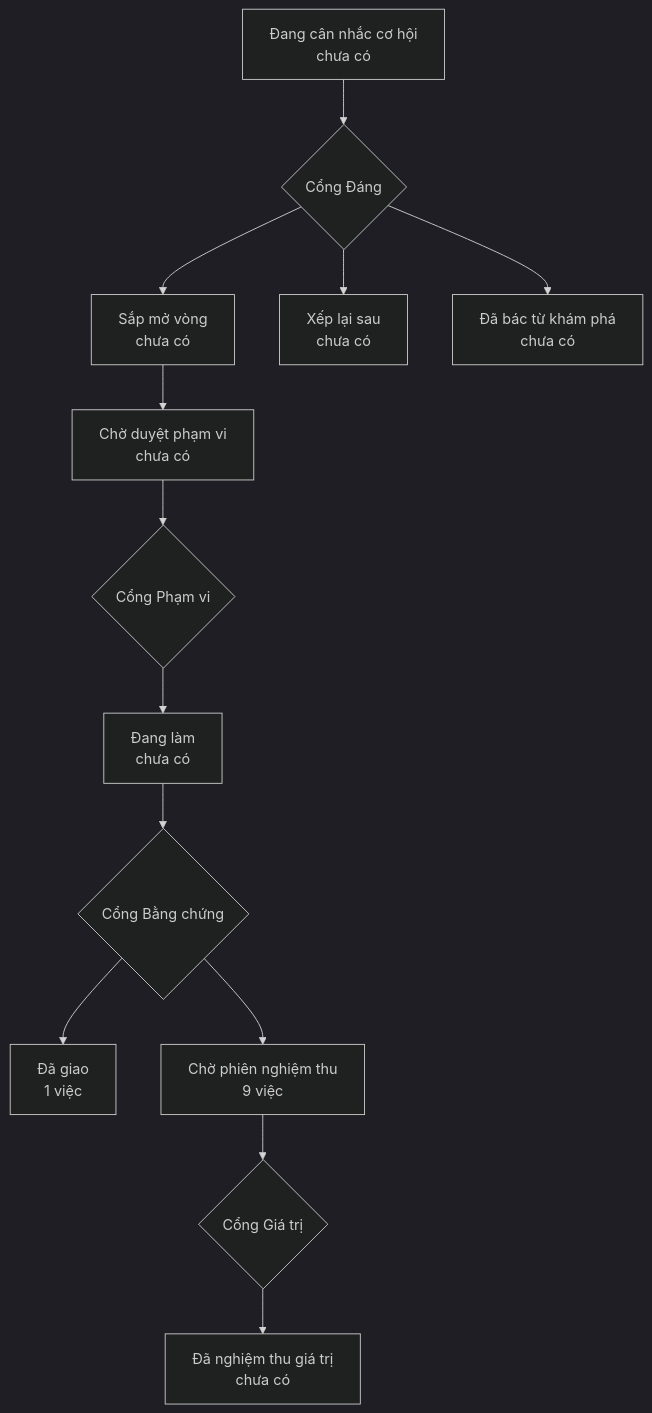
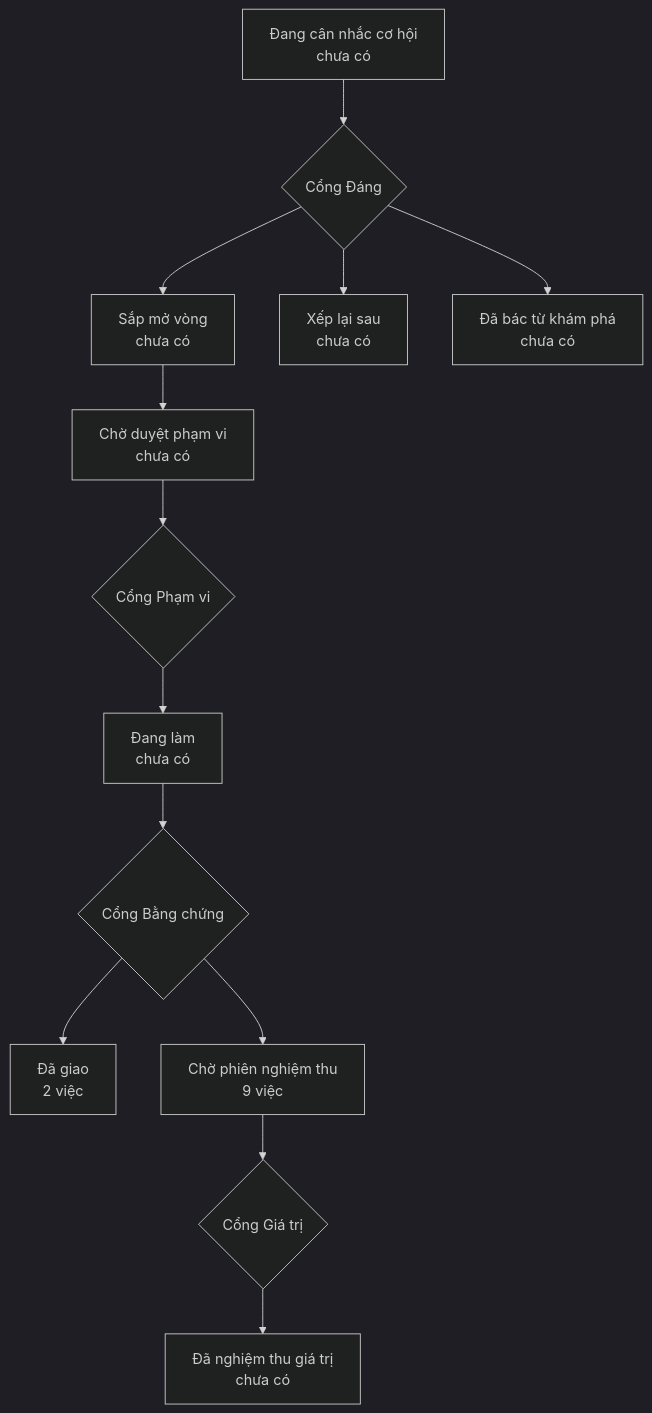
The diagram in PRODUCT-MAP.md (phanlemanh/onehub-quy-hang), drawn with Mermaid (dark theme) before and after one commit. The commit also changed other lines of this file and 1 other file, not shown here.

Commit message:
chore(product-map): sinh lại sau chữ ký moi-truong-that

````diff
--- a/PRODUCT-MAP.md
+++ b/PRODUCT-MAP.md
@@ -7,12 +7,12 @@
 ```mermaid
 flowchart TD
   A["Đang cân nhắc cơ hội<br/>chưa có"] --> GD{"Cổng Đáng"}
   GD --> B["Sắp mở vòng<br/>chưa có"]
   GD --> XL["Xếp lại sau<br/>chưa có"]
   GD --> DB["Đã bác từ khám phá<br/>chưa có"]
   B --> CD["Chờ duyệt phạm vi<br/>chưa có"] --> GP{"Cổng Phạm vi"}
   GP --> DL["Đang làm<br/>chưa có"] --> GB{"Cổng Bằng chứng"}
-  GB --> DG["Đã giao<br/>1 việc"]
+  GB --> DG["Đã giao<br/>2 việc"]
   GB --> CN["Chờ phiên nghiệm thu<br/>9 việc"] --> GG{"Cổng Giá trị"}
   GG --> NT["Đã nghiệm thu giá trị<br/>chưa có"]
 ```
````
